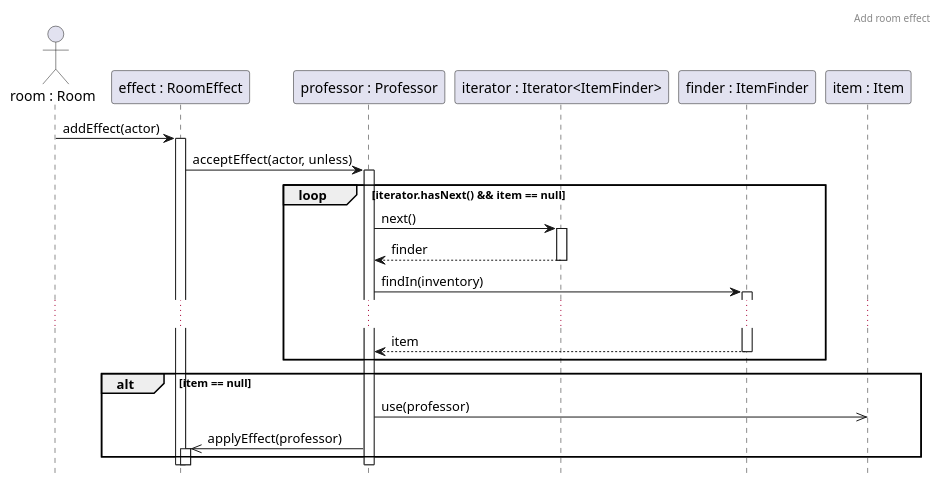
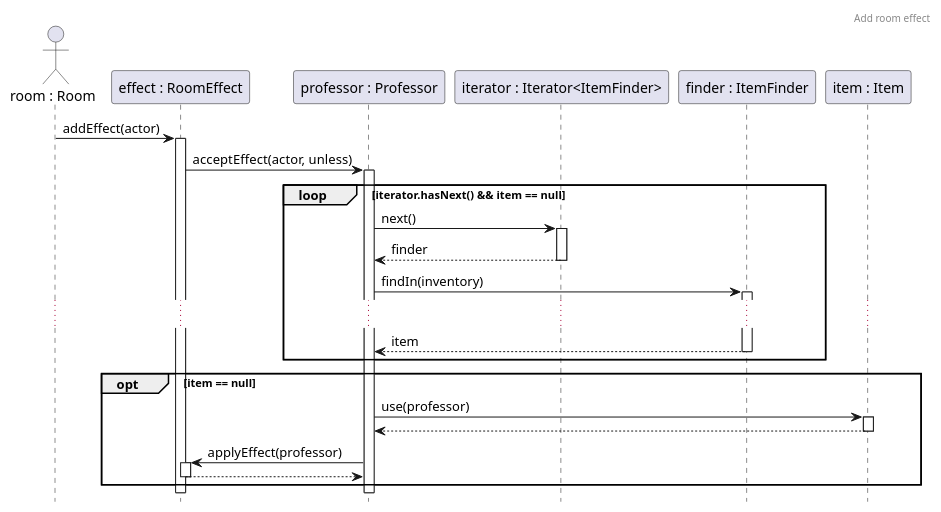
The diagram in docs/sequence/RoomEffectToProfessor.puml (Kristof-me/Logarlec), drawn with PlantUML before and after one commit. The commit also changed 3 other files, not shown here.

Commit message:
Update sequence diagrams

```diff
--- a/docs/sequence/RoomEffectToProfessor.puml
+++ b/docs/sequence/RoomEffectToProfessor.puml
@@ -1,34 +1,36 @@
 @startuml AddRoomEffect
 header Add room effect
 hide footbox
 
 actor room as "room : Room"
 participant effect as "effect : RoomEffect"
 participant prof as "professor : Professor"
 participant iter as "iterator : Iterator<ItemFinder>"
 participant finder as "finder : ItemFinder"
 participant item as "item : Item"
 
 room -> effect ++ : addEffect(actor)
 effect -> prof ++ : acceptEffect(actor, unless)
 
 loop iterator.hasNext() && item == null
     prof -> iter ++: next()
     return finder
 
     prof -> finder ++ : findIn(inventory)
     ' itt van egy rész, ami sokkal kényelmesebb templatelhető ItemFinderrel
     ...
 
     return item
 end
 
-alt item == null
-    prof ->> item : use(professor)
-    prof ->> effect ++: applyEffect(professor)
+opt item == null
+    prof -> item ++: use(professor)
+    return
+    prof -> effect ++: applyEffect(professor)
+    return
     ' ezt részletezik a gas meg a wet esetén a dolgok
 end
 
 ' student-re meg ctrl+c ctrl+v
 
 @enduml
```
